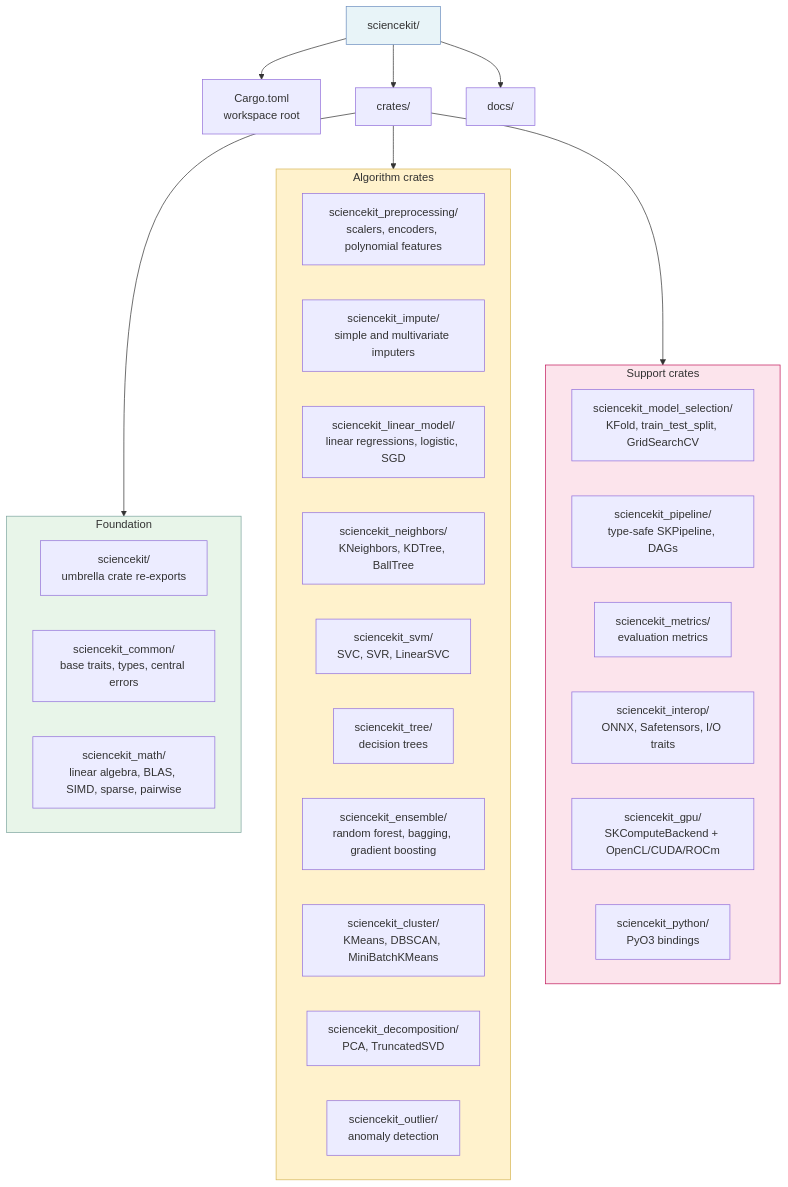
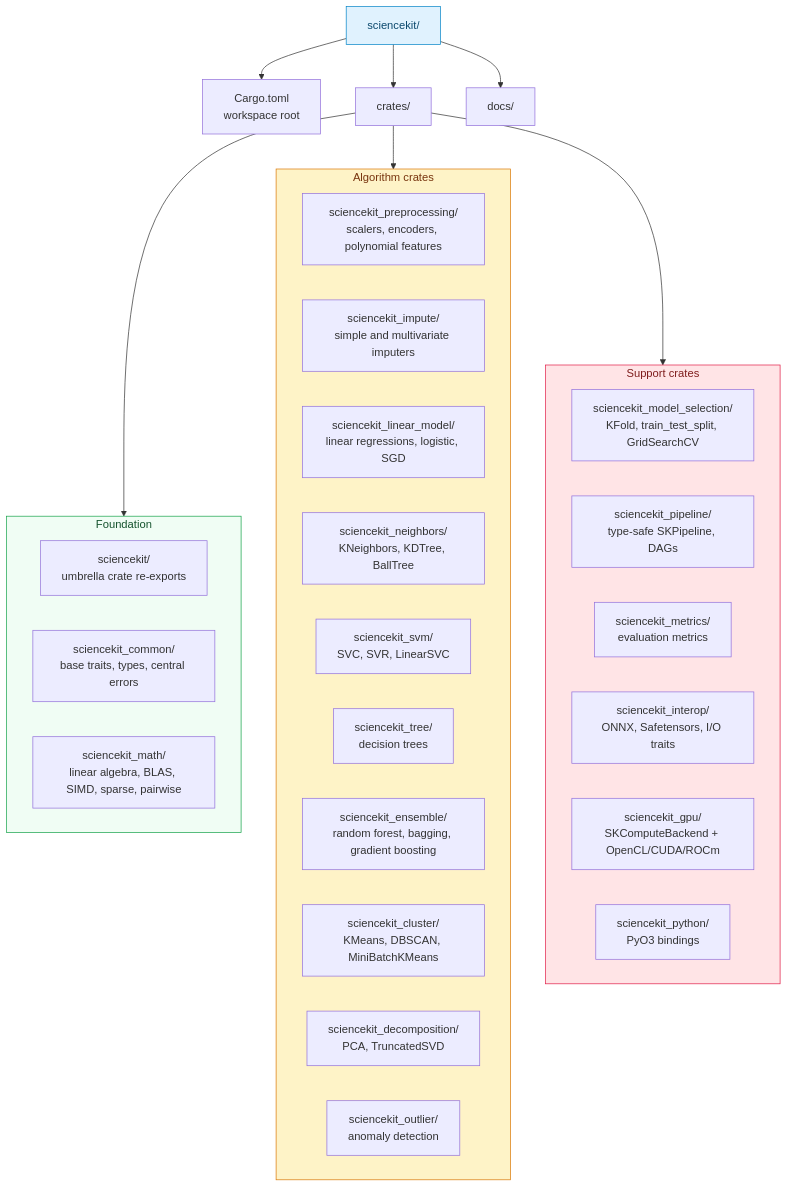
The first of 2 diagrams in docs/src/architecture.md (neurono-ml/sciencekit), drawn with Mermaid before and after one commit. The commit also changed 12 other files, not shown here.

First line of the commit message:
docs: fix book theme UX — typography control, buttons, sidebar, Mermaid contrast

````diff
--- a/docs/src/architecture.md
+++ b/docs/src/architecture.md
@@ -7,46 +7,46 @@
 ```mermaid
 flowchart TD
     accTitle: The sciencekit Cargo workspace layout
     accDescr: A workspace root holding Cargo.toml and a crates folder. The crates folder contains an umbrella crate, two foundation crates, and one crate per algorithm area, plus a docs folder.
     ROOT[sciencekit/]
     ROOT --> CARGO[Cargo.toml<br/>workspace root]
     ROOT --> CRATES[crates/]
     ROOT --> DOCS[docs/]
 
     subgraph FOUNDATION[Foundation]
         UMBRELLA[sciencekit/<br/>umbrella crate re-exports]
         COMMON[sciencekit_common/<br/>base traits, types, central errors]
         MATH[sciencekit_math/<br/>linear algebra, BLAS, SIMD, sparse, pairwise]
     end
 
     subgraph ALGORITHMS[Algorithm crates]
         PREP[sciencekit_preprocessing/<br/>scalers, encoders, polynomial features]
         IMPUTE[sciencekit_impute/<br/>simple and multivariate imputers]
         LINEAR[sciencekit_linear_model/<br/>linear regressions, logistic, SGD]
         NEIGHBORS[sciencekit_neighbors/<br/>KNeighbors, KDTree, BallTree]
         SVM[sciencekit_svm/<br/>SVC, SVR, LinearSVC]
         TREE[sciencekit_tree/<br/>decision trees]
         ENSEMBLE[sciencekit_ensemble/<br/>random forest, bagging, gradient boosting]
         CLUSTER[sciencekit_cluster/<br/>KMeans, DBSCAN, MiniBatchKMeans]
         DECOMP[sciencekit_decomposition/<br/>PCA, TruncatedSVD]
         OUTLIER[sciencekit_outlier/<br/>anomaly detection]
     end
 
     subgraph SUPPORT[Support crates]
         SELECTION[sciencekit_model_selection/<br/>KFold, train_test_split, GridSearchCV]
         PIPELINE[sciencekit_pipeline/<br/>type-safe SKPipeline, DAGs]
         METRICS[sciencekit_metrics/<br/>evaluation metrics]
         INTEROP[sciencekit_interop/<br/>ONNX, Safetensors, I/O traits]
         GPU[sciencekit_gpu/<br/>SKComputeBackend + OpenCL/CUDA/ROCm]
         PYTHON[sciencekit_python/<br/>PyO3 bindings]
     end
 
     CRATES --> FOUNDATION
     CRATES --> ALGORITHMS
     CRATES --> SUPPORT
 
-    style ROOT fill:#e8f4f8,stroke:#6c8ebf
-    style FOUNDATION fill:#e8f5e9,stroke:#7ea6a0
-    style ALGORITHMS fill:#fff2cc,stroke:#d6b656
-    style SUPPORT fill:#fce4ec,stroke:#c2185b
+    style ROOT fill:#e0f2fe,stroke:#0284c7,color:#0c4a6e
+    style FOUNDATION fill:#f0fdf4,stroke:#16a34a,color:#14532d
+    style ALGORITHMS fill:#fef3c7,stroke:#d97706,color:#78350f
+    style SUPPORT fill:#ffe4e6,stroke:#e11d48,color:#7f1d1d
 ```
````
